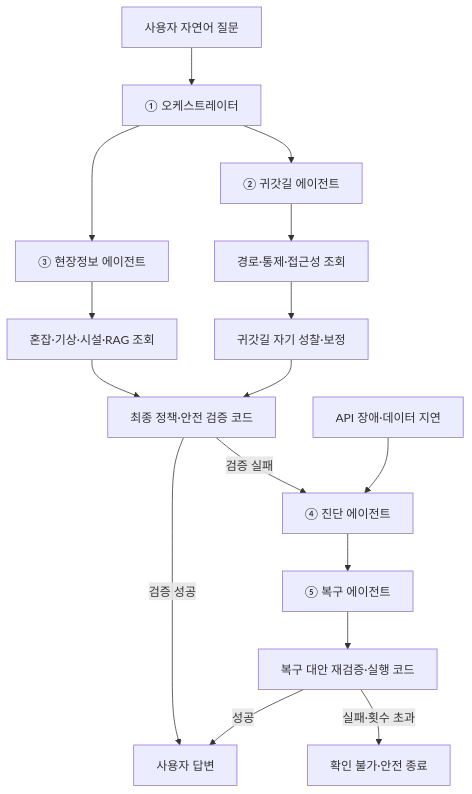
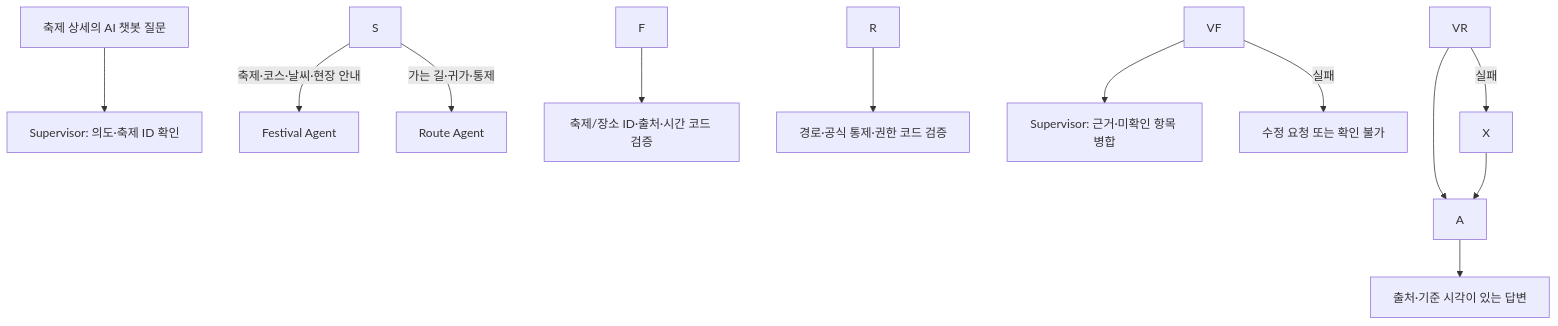
One commit to yubeenjjang/Final3team changed the third of 5 diagrams in Docs/Step 1/놀다가_기획서.md. Above: the diagram before and after it, drawn with Mermaid. The commit also changed other lines of this file and 1 other file, not shown here.

````diff
--- a/Docs/Step 1/놀다가_기획서.md
+++ b/Docs/Step 1/놀다가_기획서.md
@@ -892,18 +735,14 @@
 ```mermaid
 flowchart TD
-    U[사용자 자연어 질문] --> O[① 오케스트레이터]
-    O --> F[③ 현장정보 에이전트]
-    O --> R[② 귀갓길 에이전트]
-    F --> Q[혼잡·기상·시설·RAG 조회]
-    R --> T[경로·통제·접근성 조회]
-    T --> REF[귀갓길 자기 성찰·보정]
-    Q --> V[최종 정책·안전 검증 코드]
-    REF --> V
-    V -->|검증 성공| A[사용자 답변]
-    V -->|검증 실패| D[④ 진단 에이전트]
-    E[API 장애·데이터 지연] --> D
-    D --> H[⑤ 복구 에이전트]
-    H --> X[복구 대안 재검증·실행 코드]
-    X -->|성공| A
-    X -->|실패·횟수 초과| STOP[확인 불가·안전 종료]
+  U\[축제 상세의 AI 챗봇 질문] --> S\[Supervisor: 의도·축제 ID 확인]
+  S -->|축제·코스·날씨·현장 안내| F\[Festival Agent]
+  S -->|가는 길·귀가·통제| R\[Route Agent]
+  F --> VF\[축제/장소 ID·출처·시간 코드 검증]
+  R --> VR\[경로·공식 통제·권한 코드 검증]
+  VF --> A\[Supervisor: 근거·미확인 항목 병합]
+  VR --> A
+  A --> O\[출처·기준 시각이 있는 답변]
+  VF -->|실패| X\[수정 요청 또는 확인 불가]
+  VR -->|실패| X
+  X --> A
 ```
````
